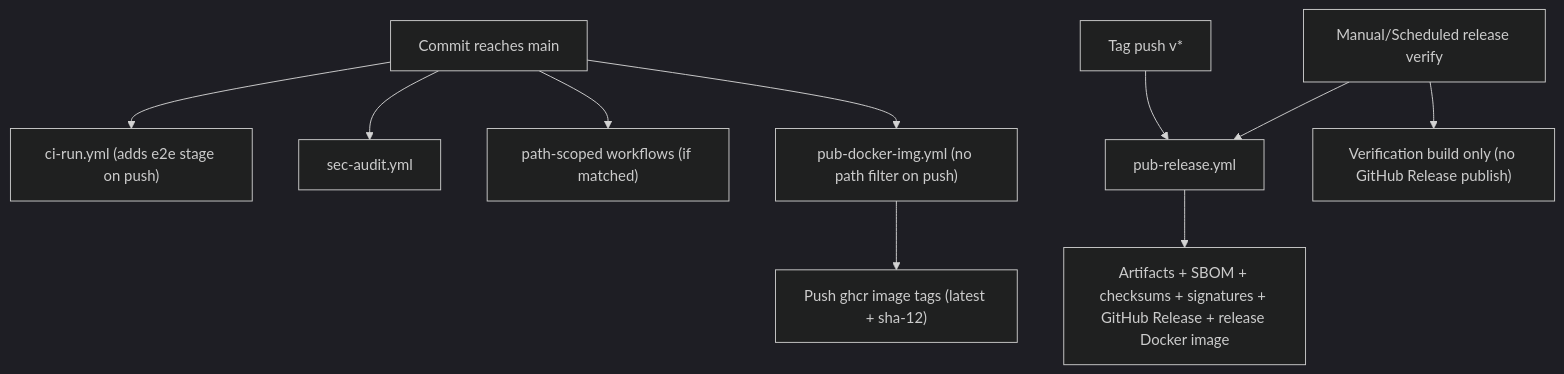
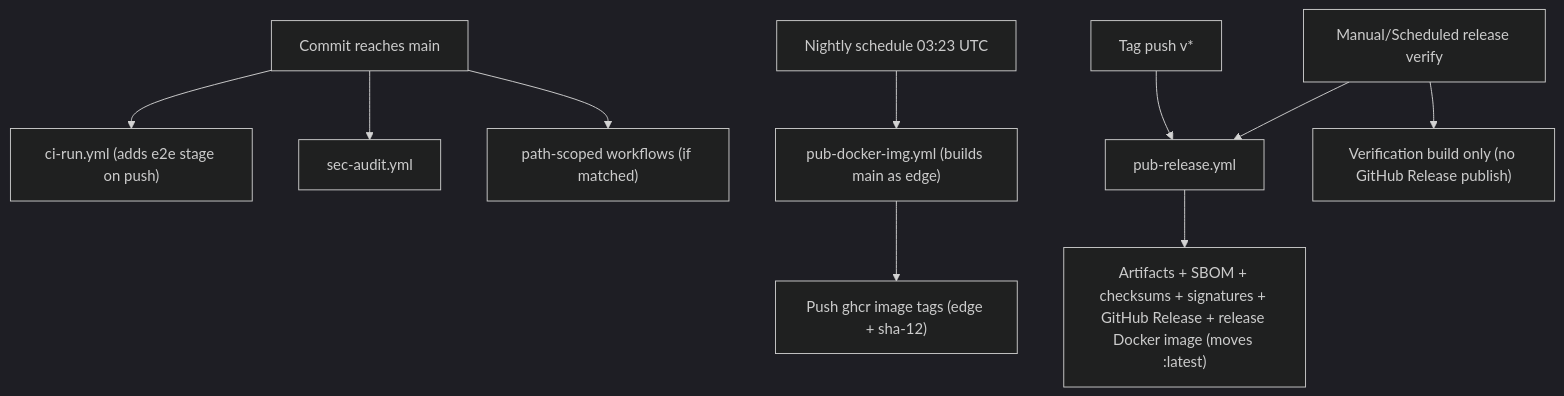
One commit to RantAI-dev/RantAIClaw changed the second of 2 diagrams in .github/workflows/main-branch-flow.md. Above: the diagram before and after it, drawn with Mermaid (dark theme). The commit also changed other lines of this file and 11 other files, not shown here.

First line of the commit message:
chore(ci): publish the Docker image as :latest on release and :edge nightly (#1177)

````diff
--- a/.github/workflows/main-branch-flow.md
+++ b/.github/workflows/main-branch-flow.md
@@ -124,12 +124,12 @@
 ```mermaid
 flowchart TD
   A["Commit reaches main"] --> B["ci-run.yml (adds e2e stage on push)"]
   A --> C["sec-audit.yml"]
   A --> D["path-scoped workflows (if matched)"]
-  A --> E["pub-docker-img.yml (no path filter on push)"]
+  N["Nightly schedule 03:23 UTC"] --> E["pub-docker-img.yml (builds main as edge)"]
   T["Tag push v*"] --> R["pub-release.yml"]
   W["Manual/Scheduled release verify"] --> R
-  R --> R1["Artifacts + SBOM + checksums + signatures + GitHub Release + release Docker image"]
+  R --> R1["Artifacts + SBOM + checksums + signatures + GitHub Release + release Docker image (moves :latest)"]
   W --> R2["Verification build only (no GitHub Release publish)"]
-  E --> E1["Push ghcr image tags (latest + sha-12)"]
+  E --> E1["Push ghcr image tags (edge + sha-12)"]
 ```
````
